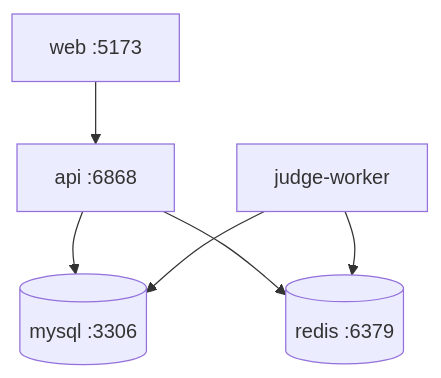
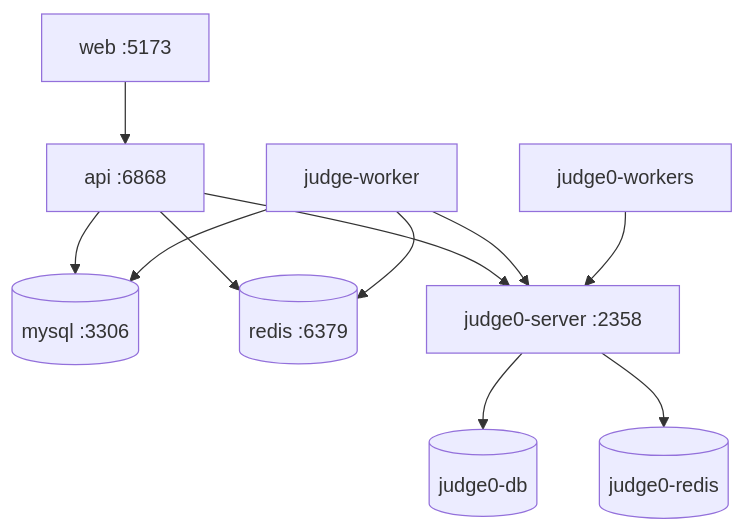
Before and after one commit to jack1e2401/fessior: the diagram in docs/deployment.md, drawn with Mermaid. The commit also changed other lines of this file and 55 other files, not shown here.

````diff
--- a/docs/deployment.md
+++ b/docs/deployment.md
@@ -11,8 +11,13 @@
 ```mermaid
 flowchart TB
-  Frontend[web :5173] --> Main[api :6868]
-  Main[api :6868] --> MySQL[(mysql :3306)]
-  Main --> Redis[(redis :6379)]
+  Web[web :5173] --> API[api :6868]
+  API --> MySQL[(mysql :3306)]
+  API --> Redis[(redis :6379)]
+  API --> Judge0[judge0-server :2358]
   Worker[judge-worker] --> MySQL
   Worker --> Redis
+  Worker --> Judge0
+  Judge0 --> JDB[(judge0-db)]
+  Judge0 --> JRedis[(judge0-redis)]
+  Judge0Workers[judge0-workers] --> Judge0
 ```
````
